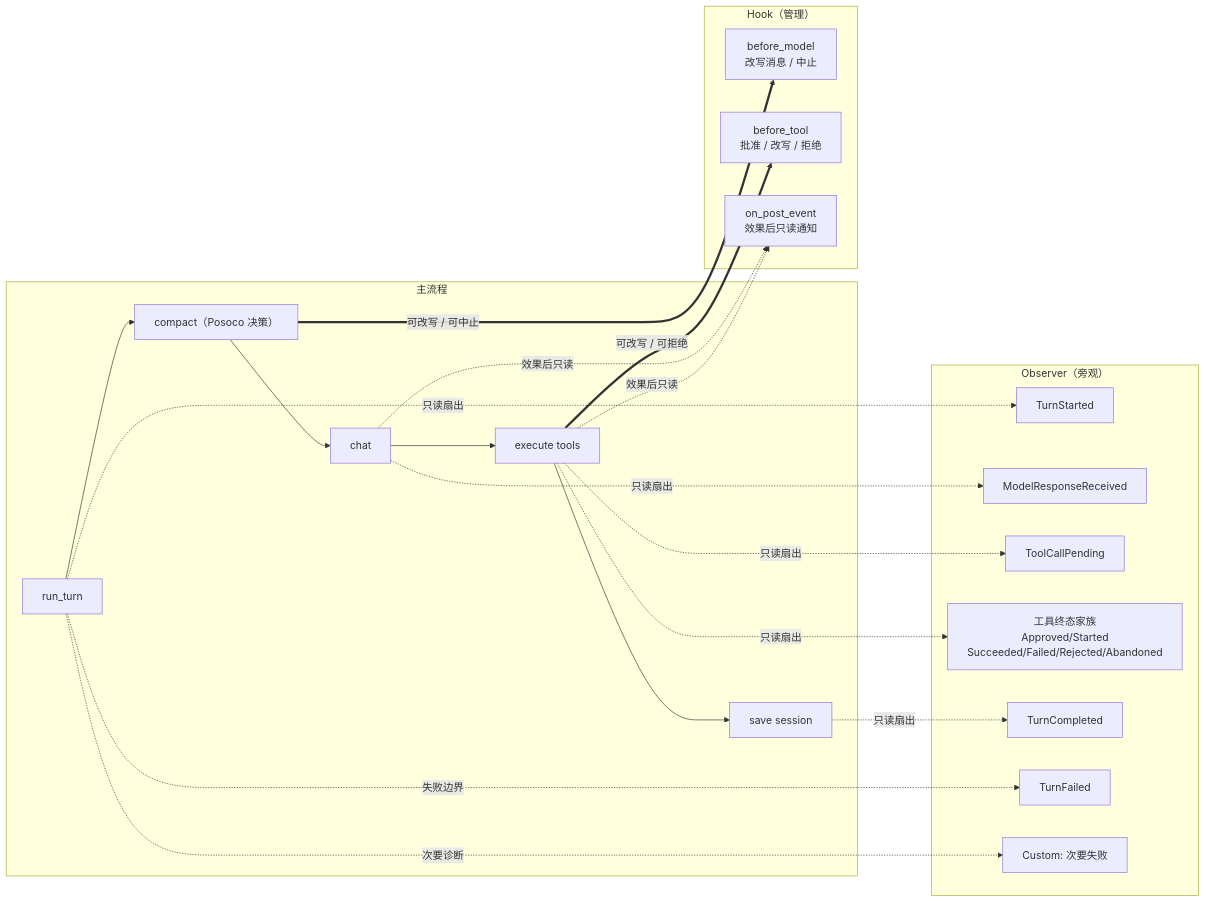
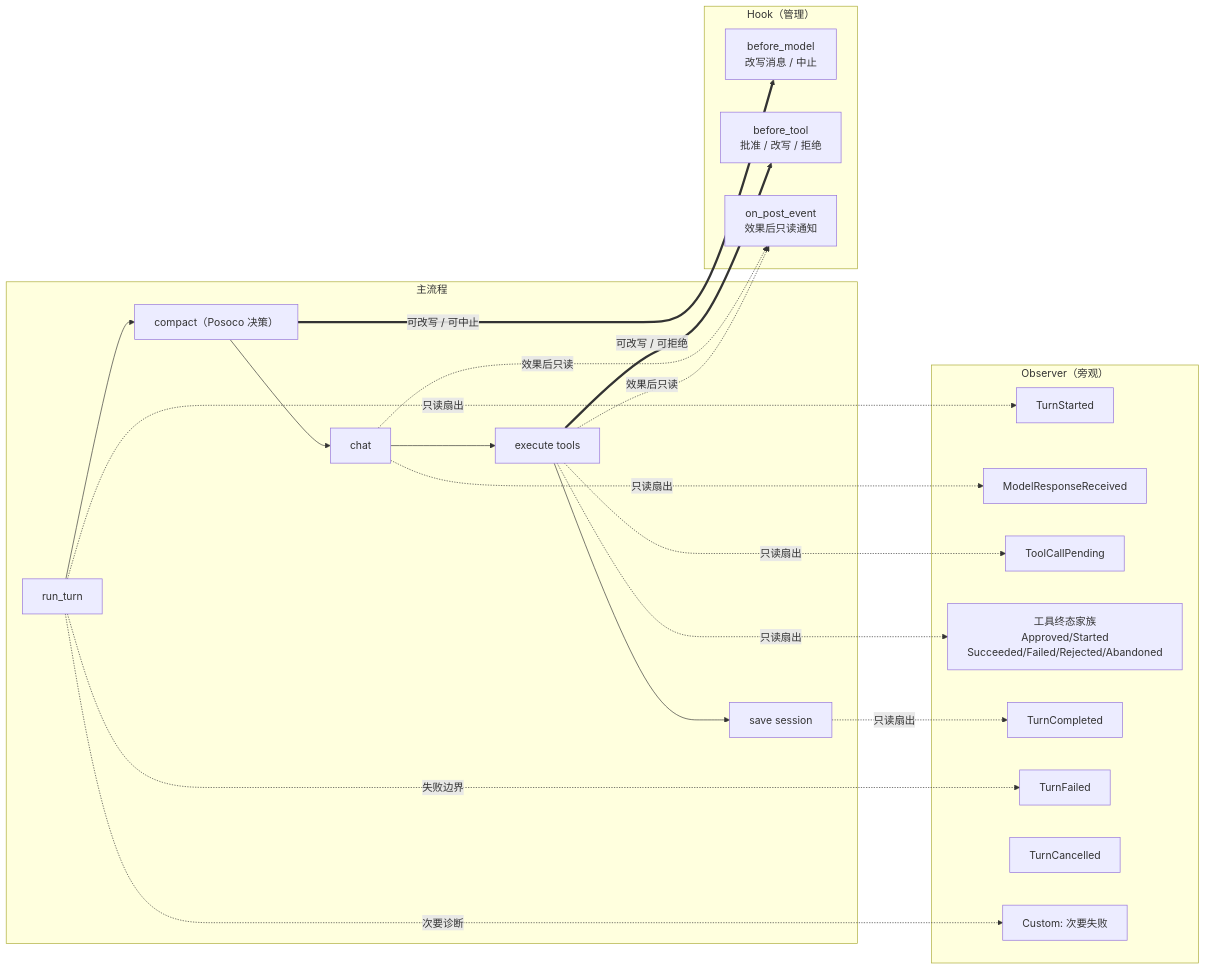
One commit to colmugx/posoco changed the third of 5 diagrams in docs/02-architecture.md. Above: the diagram before and after it, drawn with Mermaid. The commit also changed other lines of this file and 7 other files, not shown here.

````diff
--- a/docs/02-architecture.md
+++ b/docs/02-architecture.md
@@ -175,38 +182,39 @@
 ```mermaid
 graph LR
   subgraph "主流程"
     A["run_turn"] --> B["compact（Posoco 决策）"]
     B --> C["chat"]
     C --> D["execute tools"]
     D --> E["save session"]
   end
 
   subgraph "Observer（旁观）"
     O1["TurnStarted"]
     O2["ModelResponseReceived"]
     O3["ToolCallPending"]
     O4["工具终态家族<br/>Approved/Started<br/>Succeeded/Failed/Rejected/Abandoned"]
     O5["TurnCompleted"]
     O6["TurnFailed"]
+    O8["TurnCancelled"]
     O7["Custom: 次要失败"]
   end
 
   subgraph "Hook（管理）"
     H1["before_model<br/>改写消息 / 中止"]
     H2["before_tool<br/>批准 / 改写 / 拒绝"]
     H3["on_post_event<br/>效果后只读通知"]
   end
 
   A -.->|只读扇出| O1
   C -.->|只读扇出| O2
   D -.->|只读扇出| O3
   D -.->|只读扇出| O4
   E -.->|只读扇出| O5
   A -.->|失败边界| O6
   A -.->|次要诊断| O7
 
   B ==>|可改写 / 可中止| H1
   D ==>|可改写 / 可拒绝| H2
   C -.->|效果后只读| H3
   D -.->|效果后只读| H3
 ```
````
